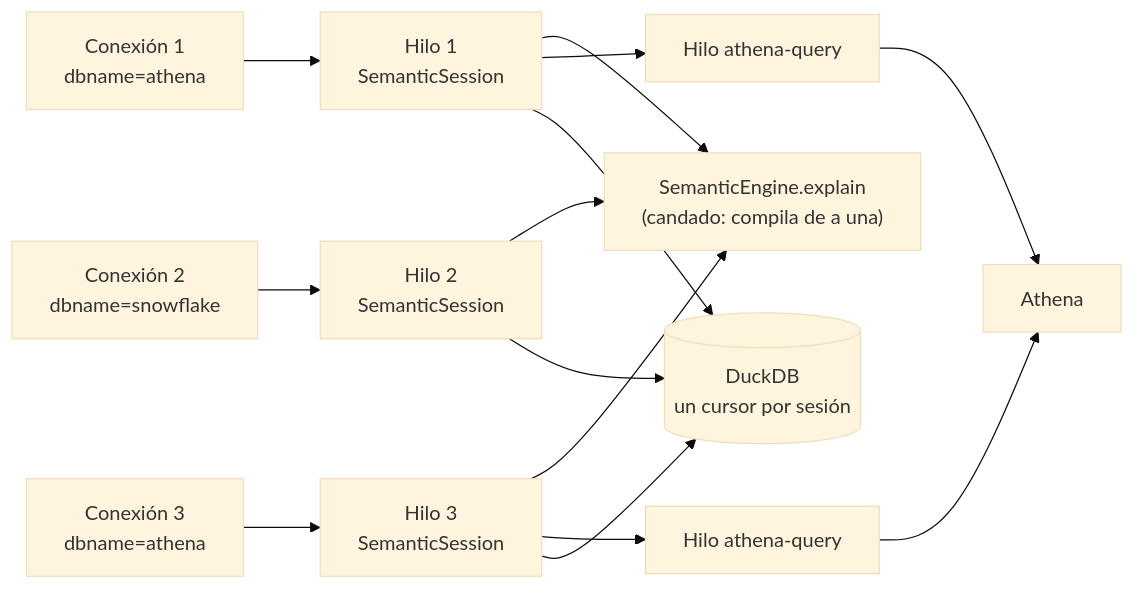
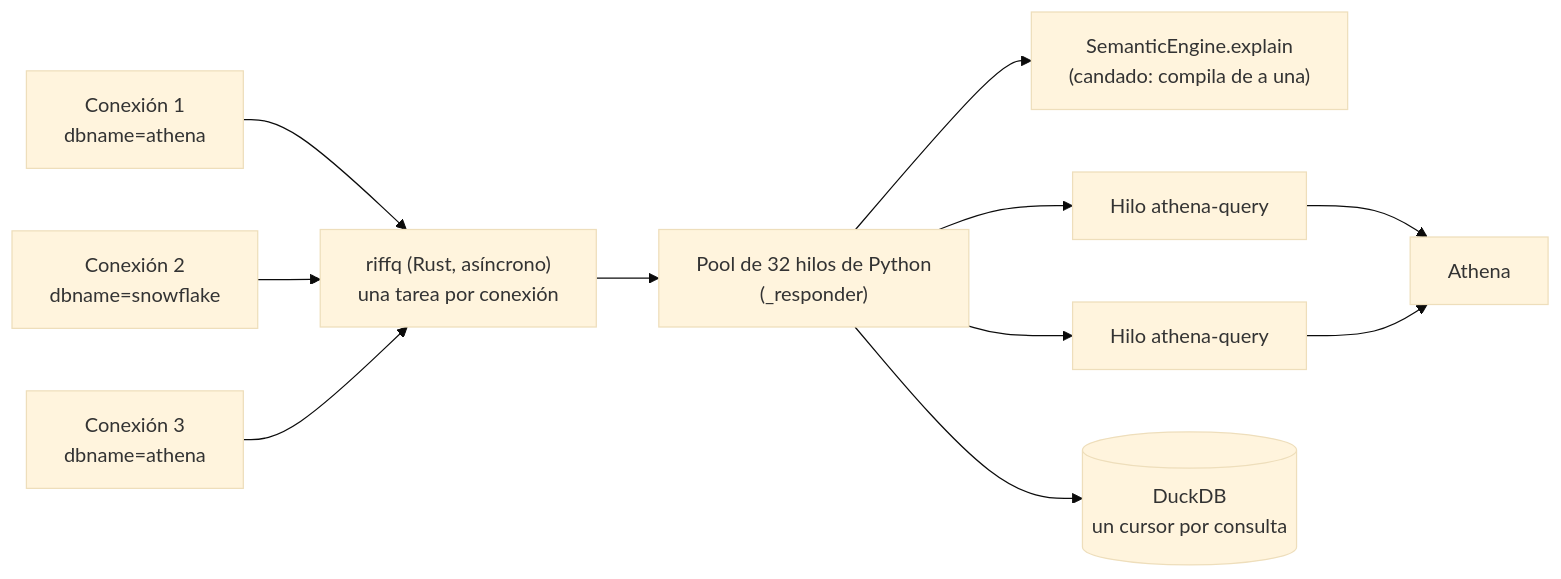
The eighth of 8 diagrams in docs/arquitectura_gateway.md (Rodarami/dbt-semantic-layer), drawn with Mermaid (base theme) before and after one commit. The commit also changed other lines of this file and 24 other files, not shown here.

````diff
--- a/docs/arquitectura_gateway.md
+++ b/docs/arquitectura_gateway.md
@@ -515,11 +537,12 @@
 ```mermaid
 flowchart LR
-    C1["Conexión 1<br/>dbname=athena"] --> H1["Hilo 1<br/>SemanticSession"]
-    C2["Conexión 2<br/>dbname=snowflake"] --> H2["Hilo 2<br/>SemanticSession"]
-    C3["Conexión 3<br/>dbname=athena"] --> H3["Hilo 3<br/>SemanticSession"]
-    H1 & H2 & H3 --> L["SemanticEngine.explain<br/>(candado: compila de a una)"]
-    H1 --> X1["Hilo athena-query"]
-    H3 --> X3["Hilo athena-query"]
+    C1["Conexión 1<br/>dbname=athena"] --> R["riffq (Rust, asíncrono)<br/>una tarea por conexión"]
+    C2["Conexión 2<br/>dbname=snowflake"] --> R
+    C3["Conexión 3<br/>dbname=athena"] --> R
+    R --> POOL["Pool de 32 hilos de Python<br/>(_responder)"]
+    POOL --> L["SemanticEngine.explain<br/>(candado: compila de a una)"]
+    POOL --> X1["Hilo athena-query"]
+    POOL --> X3["Hilo athena-query"]
     X1 & X3 --> A[Athena]
-    H1 & H2 & H3 --> D[("DuckDB<br/>un cursor por sesión")]
+    POOL --> D[("DuckDB<br/>un cursor por consulta")]
 ```
````
